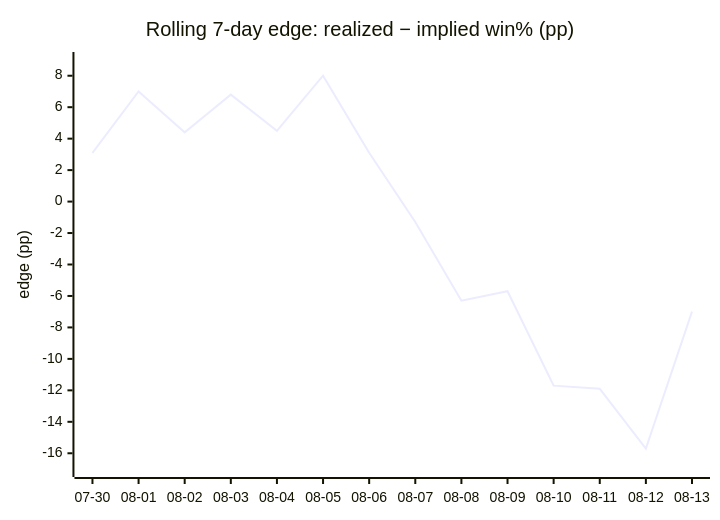
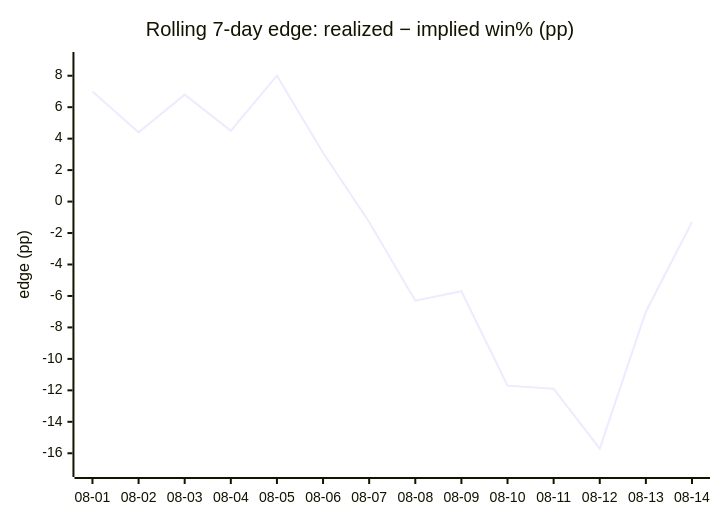
The fourth of 4 diagrams in DAILY_AGSU_REPORT.md (dpk1212/nhl-savant), drawn with Mermaid before and after one commit. The commit also changed other lines of this file, not shown here.

````diff
--- a/DAILY_AGSU_REPORT.md
+++ b/DAILY_AGSU_REPORT.md
@@ -807,7 +817,7 @@
 ```mermaid
 xychart-beta
     title "Rolling 7-day edge: realized − implied win% (pp)"
-    x-axis ["07-30", "08-01", "08-02", "08-03", "08-04", "08-05", "08-06", "08-07", "08-08", "08-09", "08-10", "08-11", "08-12", "08-13"]
+    x-axis ["08-01", "08-02", "08-03", "08-04", "08-05", "08-06", "08-07", "08-08", "08-09", "08-10", "08-11", "08-12", "08-13", "08-14"]
     y-axis "edge (pp)" -17 --> 9
-    line [3.1, 7, 4.4, 6.8, 4.5, 8, 3.1, -1.3, -6.3, -5.7, -11.7, -11.9, -15.7, -7]
+    line [7, 4.4, 6.8, 4.5, 8, 3.1, -1.3, -6.3, -5.7, -11.7, -11.9, -15.7, -7, -1.3]
 ```
````
